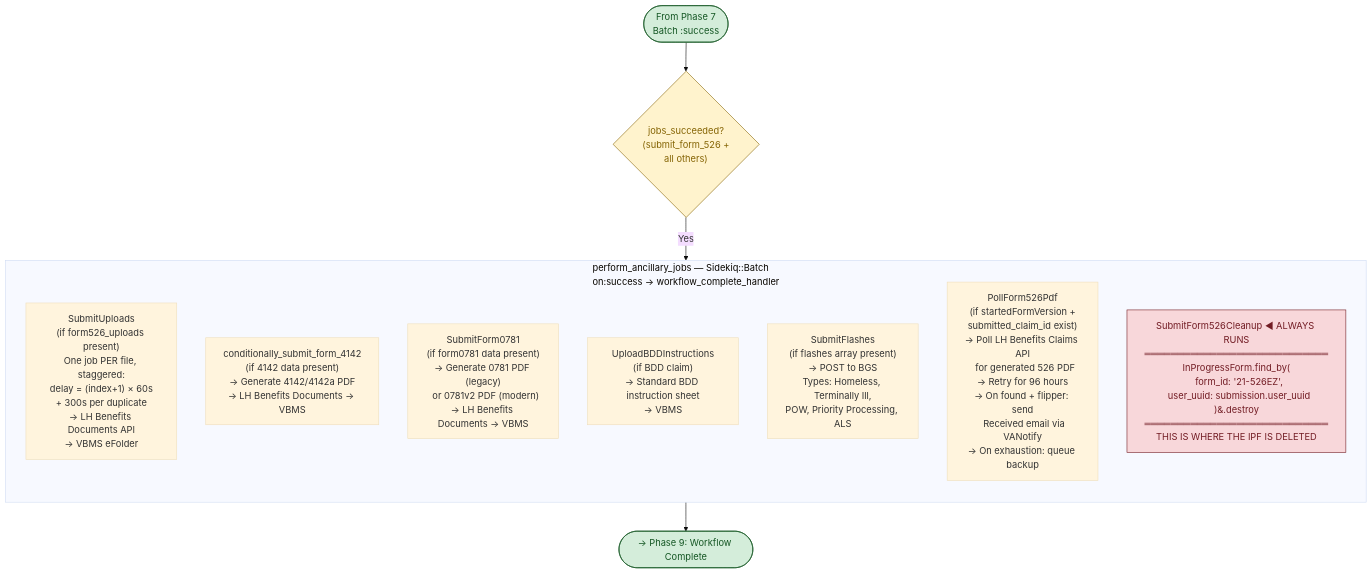
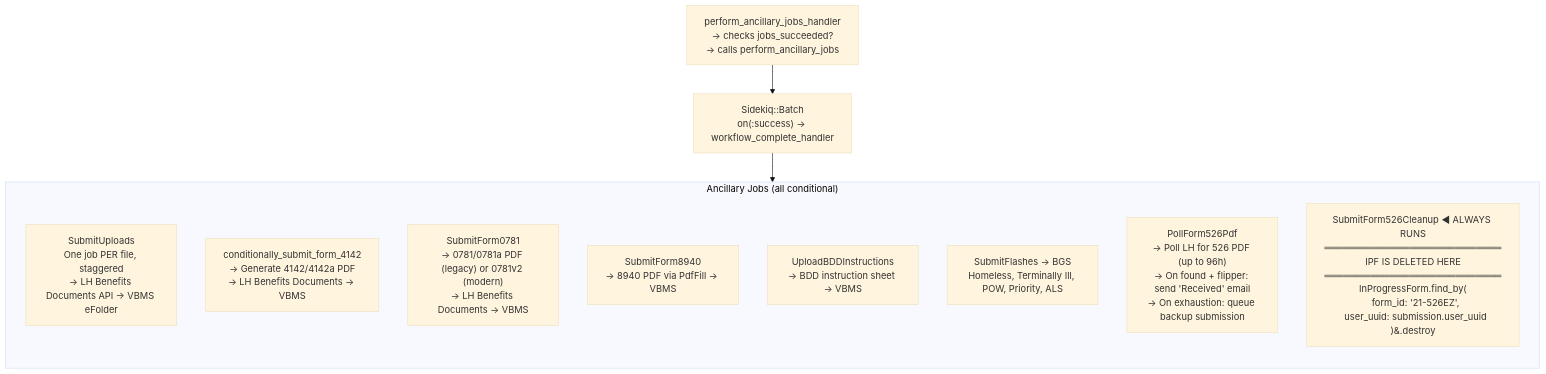
Before and after one commit to Ninjaneer321/va.gov-team: the ninth of 16 diagrams in products/disability/526ez/form526_architecture_flow.md, drawn with Mermaid (base theme). The commit also changed other lines of this file, not shown here.

Commit message:
Updated architecture diagram with useFormFeatureToggleSync

````diff
--- a/products/disability/526ez/form526_architecture_flow.md
+++ b/products/disability/526ez/form526_architecture_flow.md
@@ -285,33 +302,20 @@
 ```mermaid
-graph TD
-    ENTRY([From Phase 7<br/>Batch :success]) --> CHECK{"jobs_succeeded?<br/>(submit_form_526 +<br/>all others)"}
+flowchart TD
+    Handler["perform_ancillary_jobs_handler<br/>→ checks jobs_succeeded?<br/>→ calls perform_ancillary_jobs"]
 
-    CHECK -->|Yes| ANCILLARY
+    Batch["Sidekiq::Batch<br/>on(:success) → workflow_complete_handler"]
 
-    subgraph ANCILLARY["perform_ancillary_jobs — Sidekiq::Batch<br/>on:success → workflow_complete_handler"]
+    subgraph Jobs["Ancillary Jobs (all conditional)"]
         direction TB
-
-        UPLOADS["SubmitUploads<br/>(if form526_uploads present)<br/>One job PER file, staggered:<br/>delay = (index+1) × 60s<br/>+ 300s per duplicate<br/>→ LH Benefits Documents API<br/>→ VBMS eFolder"]
-
-        F4142["conditionally_submit_form_4142<br/>(if 4142 data present)<br/>→ Generate 4142/4142a PDF<br/>→ LH Benefits Documents → VBMS"]
-
-        F0781["SubmitForm0781<br/>(if form0781 data present)<br/>→ Generate 0781 PDF (legacy)<br/>  or 0781v2 PDF (modern)<br/>→ LH Benefits Documents → VBMS"]
-
-        BDD_INST["UploadBDDInstructions<br/>(if BDD claim)<br/>→ Standard BDD instruction sheet<br/>→ VBMS"]
-
-        FLASHES["SubmitFlashes<br/>(if flashes array present)<br/>→ POST to BGS<br/>Types: Homeless, Terminally Ill,<br/>POW, Priority Processing, ALS"]
-
-        POLL["PollForm526Pdf<br/>(if startedFormVersion +<br/>submitted_claim_id exist)<br/>→ Poll LH Benefits Claims API<br/>  for generated 526 PDF<br/>→ Retry for 96 hours<br/>→ On found + flipper: send<br/>  Received email via VANotify<br/>→ On exhaustion: queue backup"]
-
-        CLEANUP["SubmitForm526Cleanup ◄ ALWAYS RUNS<br/>════════════════════════════<br/>InProgressForm.find_by(<br/>  form_id: '21-526EZ',<br/>  user_uuid: submission.user_uuid<br/>)&.destroy<br/>════════════════════════════<br/>THIS IS WHERE THE IPF IS DELETED"]
+        Uploads["SubmitUploads<br/>One job PER file, staggered<br/>→ LH Benefits Documents API → VBMS eFolder"]
+        F4142["conditionally_submit_form_4142<br/>→ Generate 4142/4142a PDF<br/>→ LH Benefits Documents → VBMS"]
+        F0781["SubmitForm0781<br/>→ 0781/0781a PDF (legacy) or 0781v2 (modern)<br/>→ LH Benefits Documents → VBMS"]
+        F8940["SubmitForm8940<br/>→ 8940 PDF via PdfFill → VBMS"]
+        BDD["UploadBDDInstructions<br/>→ BDD instruction sheet → VBMS"]
+        Flash["SubmitFlashes → BGS<br/>Homeless, Terminally Ill, POW, Priority, ALS"]
+        Poll["PollForm526Pdf<br/>→ Poll LH for 526 PDF (up to 96h)<br/>→ On found + flipper: send 'Received' email<br/>→ On exhaustion: queue backup submission"]
+        Cleanup["SubmitForm526Cleanup ◀ ALWAYS RUNS<br/>═══════════════════════════<br/>IPF IS DELETED HERE<br/>═══════════════════════════<br/>InProgressForm.find_by(<br/>  form_id: '21-526EZ',<br/>  user_uuid: submission.user_uuid<br/>)&.destroy"]
     end
 
-    ANCILLARY --> COMPLETE([→ Phase 9: Workflow Complete])
-
-    classDef endpoint fill:#d4edda,stroke:#155724,color:#155724
-    classDef decision fill:#fff3cd,stroke:#856404,color:#856404
-    classDef critical fill:#f8d7da,stroke:#721c24,color:#721c24
-    class ENTRY,COMPLETE endpoint
-    class CHECK decision
-    class CLEANUP critical
+    Handler --> Batch --> Jobs
 ```
````
